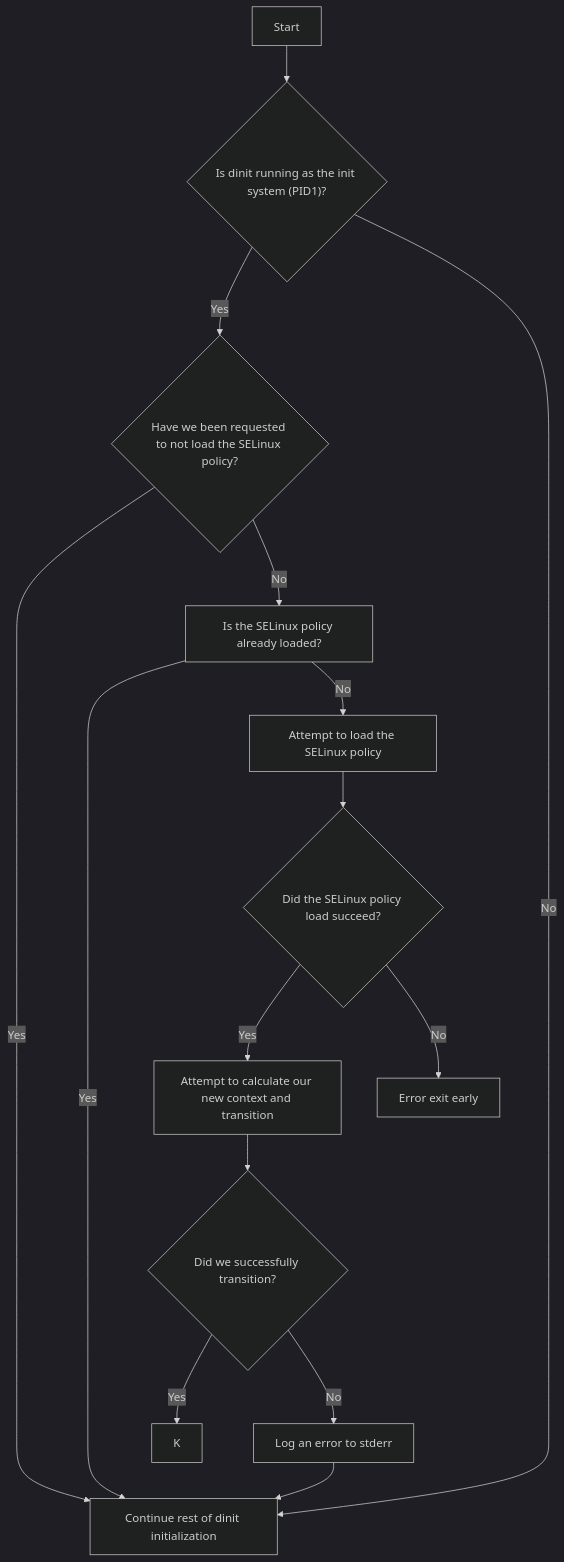
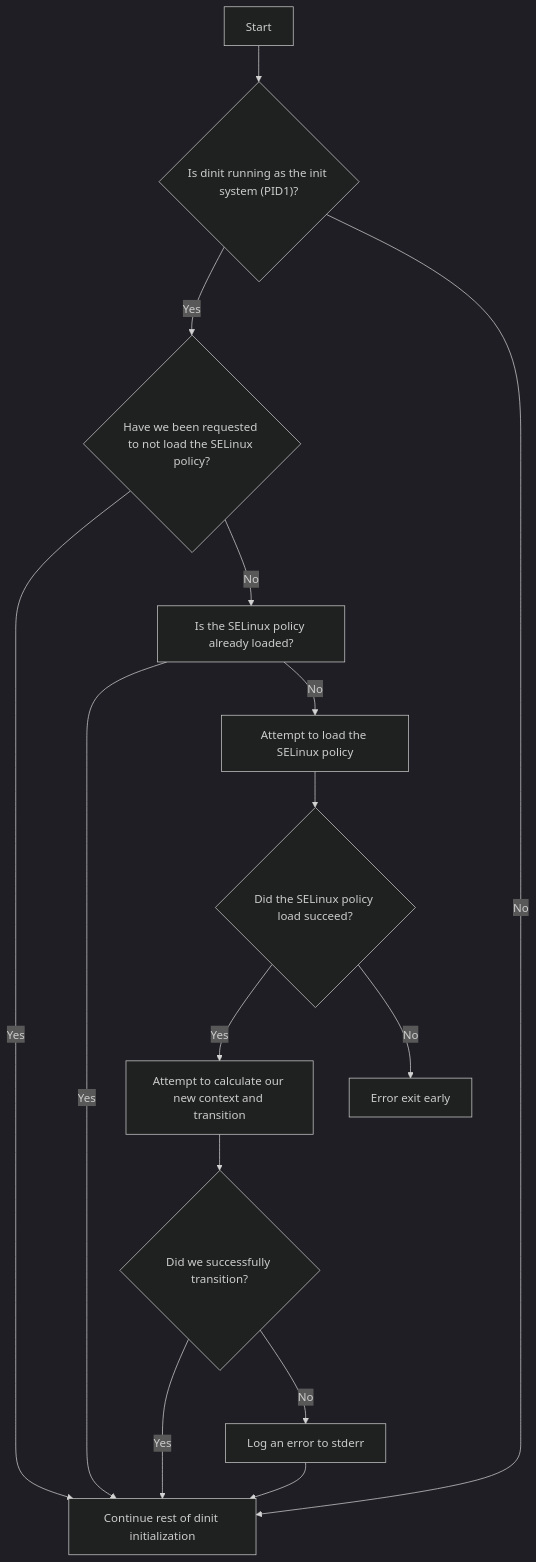
One commit to davmac314/dinit changed the diagram in doc/linux/SELINUX.md. Above: the diagram before and after it, drawn with Mermaid (dark theme).

Commit message:
selinux: correct flowchart in documentation

````diff
--- a/doc/linux/SELINUX.md
+++ b/doc/linux/SELINUX.md
@@ -16,17 +16,17 @@
 ```mermaid
 flowchart TD
     A[Start] --> B{"Is dinit running as the init system (PID1)?"}
     B -->|Yes| C{Have we been requested to not load the SELinux policy?}
     B -->|No| D[Continue rest of dinit initialization]
     C -->|Yes| D
     C -->|No| E[Is the SELinux policy already loaded?]
     E -->|Yes| D
     E -->|No| F[Attempt to load the SELinux policy]
     F --> G{Did the SELinux policy load succeed?}
     G -->|Yes| H[Attempt to calculate our new context and transition]
     G -->|No| I[Error exit early]
     H --> J{Did we successfully transition?}
-    J -->|Yes| K
+    J -->|Yes| D
     J -->|No| L[Log an error to stderr]
     L --> D
 ```
````
